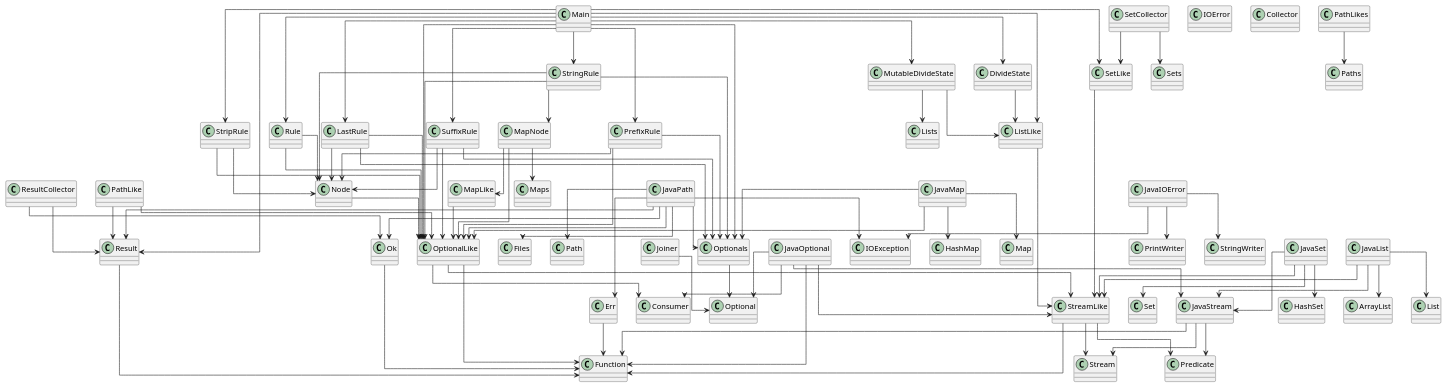
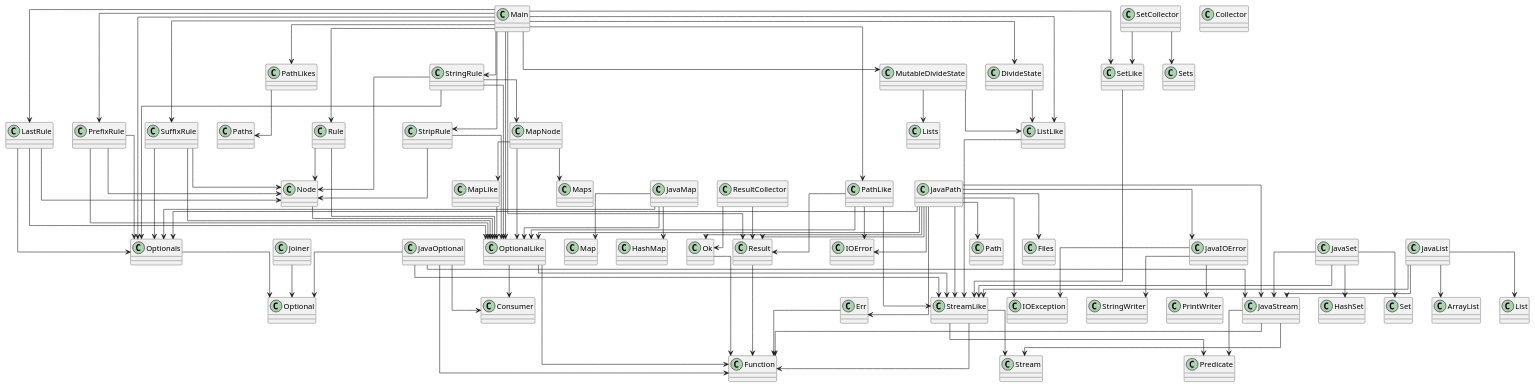
One commit to SirMathhman/Magma changed the diagram in diagram.puml. Above: the diagram before and after it, drawn with PlantUML. The commit also changed 4 other files, not shown here.

```diff
--- a/diagram.puml
+++ b/diagram.puml
@@ -1,130 +1,138 @@
 @startuml
 skinparam linetype ortho
 class JavaOptional
 JavaOptional --> JavaStream
 JavaOptional --> StreamLike
 JavaOptional --> Optional
 JavaOptional --> Consumer
 JavaOptional --> Function
 class OptionalLike
 OptionalLike --> StreamLike
 OptionalLike --> Consumer
 OptionalLike --> Function
 class PrefixRule
 PrefixRule --> Node
 PrefixRule --> OptionalLike
 PrefixRule --> Optionals
 class StripRule
 StripRule --> Node
 StripRule --> OptionalLike
 class JavaIOError
 JavaIOError --> IOException
 JavaIOError --> PrintWriter
 JavaIOError --> StringWriter
 class StringRule
 StringRule --> MapNode
 StringRule --> Node
 StringRule --> OptionalLike
 StringRule --> Optionals
 class StreamLike
 StreamLike --> Function
 StreamLike --> Predicate
 StreamLike --> Stream
+class PathLikes
+PathLikes --> Paths
 class PathLike
+PathLike --> IOError
+PathLike --> StreamLike
 PathLike --> OptionalLike
 PathLike --> Result
 class Maps
 class Joiner
 Joiner --> Optional
 class IOError
-class JavaPath
-JavaPath --> OptionalLike
-JavaPath --> Optionals
-JavaPath --> Err
-JavaPath --> Ok
-JavaPath --> Result
-JavaPath --> IOException
-JavaPath --> Files
-JavaPath --> Path
 class Node
 Node --> OptionalLike
 class SuffixRule
 SuffixRule --> Node
 SuffixRule --> OptionalLike
 SuffixRule --> Optionals
 class Collector
 class ResultCollector
 ResultCollector --> Ok
 ResultCollector --> Result
 class DivideState
 DivideState --> ListLike
 class SetLike
 SetLike --> StreamLike
 class Sets
 class JavaStream
 JavaStream --> Function
 JavaStream --> Predicate
 JavaStream --> Stream
+class JavaPath
+JavaPath --> IOError
+JavaPath --> JavaIOError
+JavaPath --> JavaStream
+JavaPath --> StreamLike
+JavaPath --> OptionalLike
+JavaPath --> Optionals
+JavaPath --> Err
+JavaPath --> Ok
+JavaPath --> Result
+JavaPath --> IOException
+JavaPath --> Files
+JavaPath --> Path
 class LastRule
 LastRule --> Node
 LastRule --> OptionalLike
 LastRule --> Optionals
 class Result
 Result --> Function
 class JavaSet
 JavaSet --> JavaStream
 JavaSet --> StreamLike
 JavaSet --> HashSet
 JavaSet --> Set
 class Err
 Err --> Function
 class JavaMap
 JavaMap --> OptionalLike
 JavaMap --> Optionals
 JavaMap --> HashMap
 JavaMap --> Map
 class SetCollector
 SetCollector --> SetLike
 SetCollector --> Sets
 class ListLike
 ListLike --> StreamLike
 class JavaList
 JavaList --> JavaStream
 JavaList --> StreamLike
 JavaList --> ArrayList
 JavaList --> List
 class MapNode
 MapNode --> MapLike
 MapNode --> Maps
 MapNode --> OptionalLike
 class MapLike
 MapLike --> OptionalLike
-class PathLikes
-PathLikes --> Paths
 class Rule
 Rule --> Node
 Rule --> OptionalLike
 class Main
 Main --> DivideState
 Main --> MutableDivideState
 Main --> ListLike
 Main --> OptionalLike
 Main --> Optionals
+Main --> PathLike
+Main --> PathLikes
 Main --> Result
 Main --> LastRule
 Main --> PrefixRule
 Main --> Rule
 Main --> StringRule
 Main --> StripRule
 Main --> SuffixRule
 Main --> SetLike
 class MutableDivideState
 MutableDivideState --> ListLike
 MutableDivideState --> Lists
 class Optionals
 Optionals --> Optional
 class Lists
 class Ok
 Ok --> Function
 
 @enduml
```
